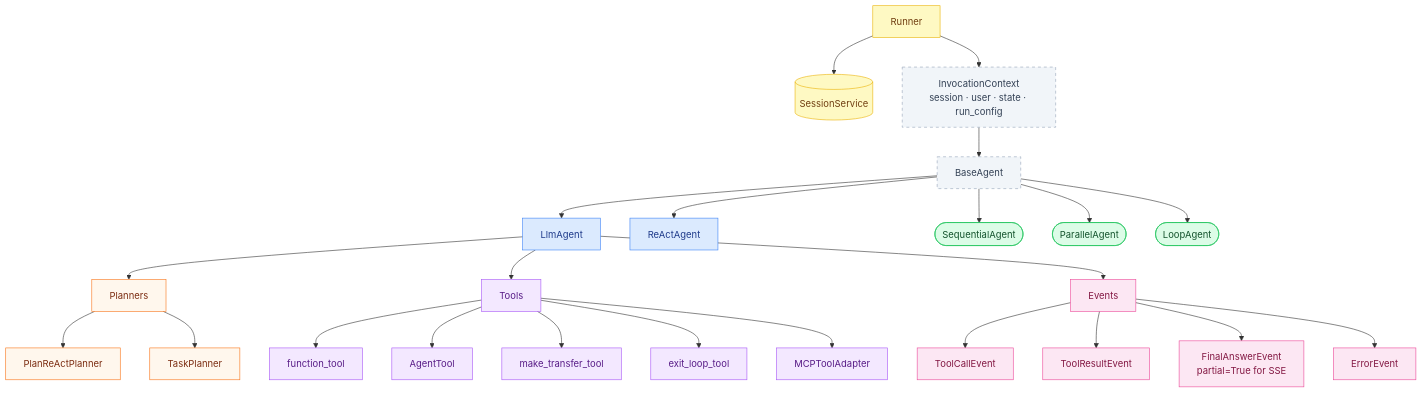
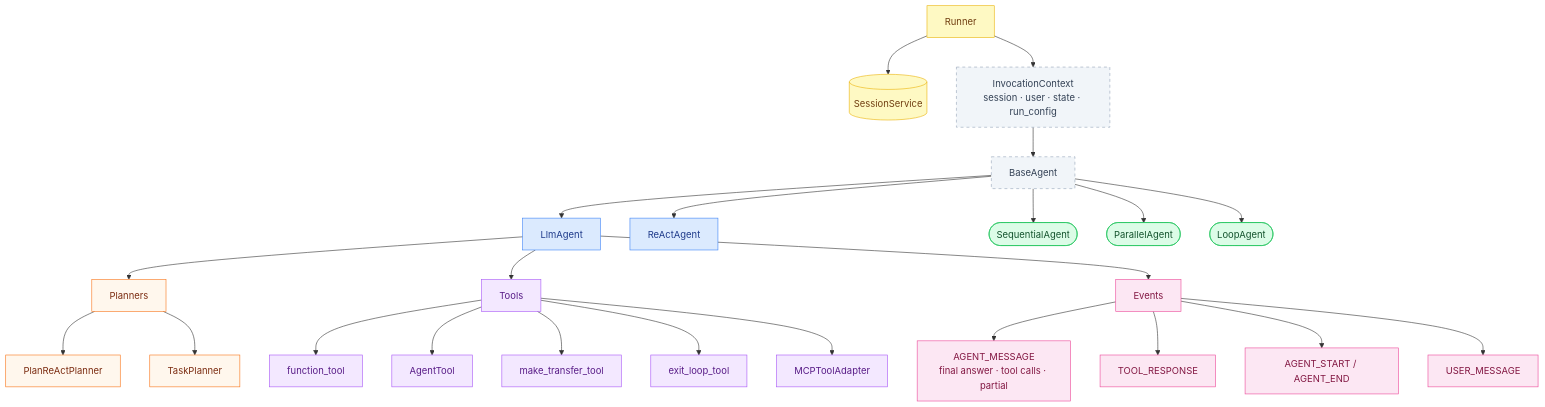
The first of 2 diagrams in docs/architecture.md (NicolaiLassen/langchain-adk), drawn with Mermaid before and after one commit. The commit also changed 45 other files, not shown here.

````diff
--- a/docs/architecture.md
+++ b/docs/architecture.md
@@ -3,37 +3,37 @@
 ```mermaid
 flowchart TD
     classDef base fill:#f1f5f9,stroke:#94a3b8,stroke-dasharray:5 5,color:#334155
     classDef llm fill:#dbeafe,stroke:#3b82f6,color:#1e3a8a
     classDef composite fill:#dcfce7,stroke:#22c55e,color:#14532d
     classDef tool fill:#f3e8ff,stroke:#a855f7,color:#581c87
     classDef planner fill:#fff7ed,stroke:#f97316,color:#7c2d12
     classDef infra fill:#fef9c3,stroke:#eab308,color:#713f12
     classDef event fill:#fce7f3,stroke:#ec4899,color:#831843
 
     Runner:::infra --> Session[(SessionService)]:::infra
     Runner --> Ctx[InvocationContext\nsession · user · state · run_config]:::base
     Ctx --> BaseAgent:::base
 
     BaseAgent --> LlmAgent:::llm
     BaseAgent --> ReActAgent:::llm
     BaseAgent --> Sequential([SequentialAgent]):::composite
     BaseAgent --> Parallel([ParallelAgent]):::composite
     BaseAgent --> Loop([LoopAgent]):::composite
 
     LlmAgent --> Planners:::planner
     Planners --> PRA[PlanReActPlanner]:::planner
     Planners --> TP[TaskPlanner]:::planner
 
     LlmAgent --> Tools:::tool
     Tools --> FT[function_tool]:::tool
     Tools --> AT[AgentTool]:::tool
     Tools --> TF[make_transfer_tool]:::tool
     Tools --> EL[exit_loop_tool]:::tool
     Tools --> MCP[MCPToolAdapter]:::tool
 
     LlmAgent --> Events:::event
-    Events --> TC[ToolCallEvent]:::event
-    Events --> TR[ToolResultEvent]:::event
-    Events --> FA[FinalAnswerEvent\npartial=True for SSE]:::event
-    Events --> ERR[ErrorEvent]:::event
+    Events --> AM[AGENT_MESSAGE\nfinal answer · tool calls · partial]:::event
+    Events --> TR[TOOL_RESPONSE]:::event
+    Events --> AS[AGENT_START / AGENT_END]:::event
+    Events --> UM[USER_MESSAGE]:::event
 ```
````
